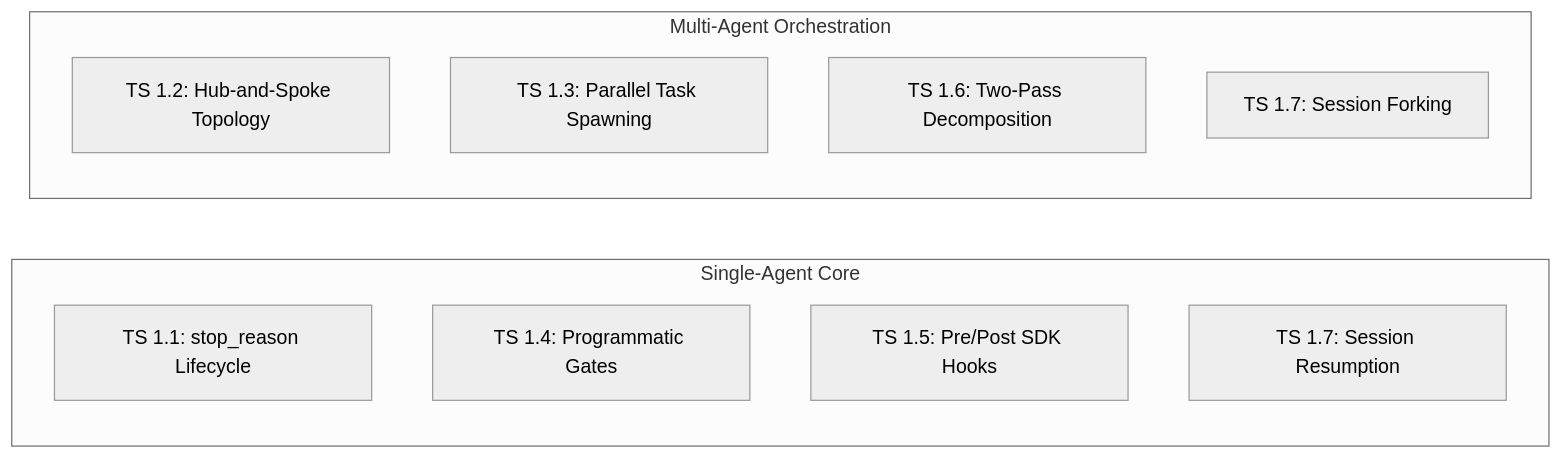
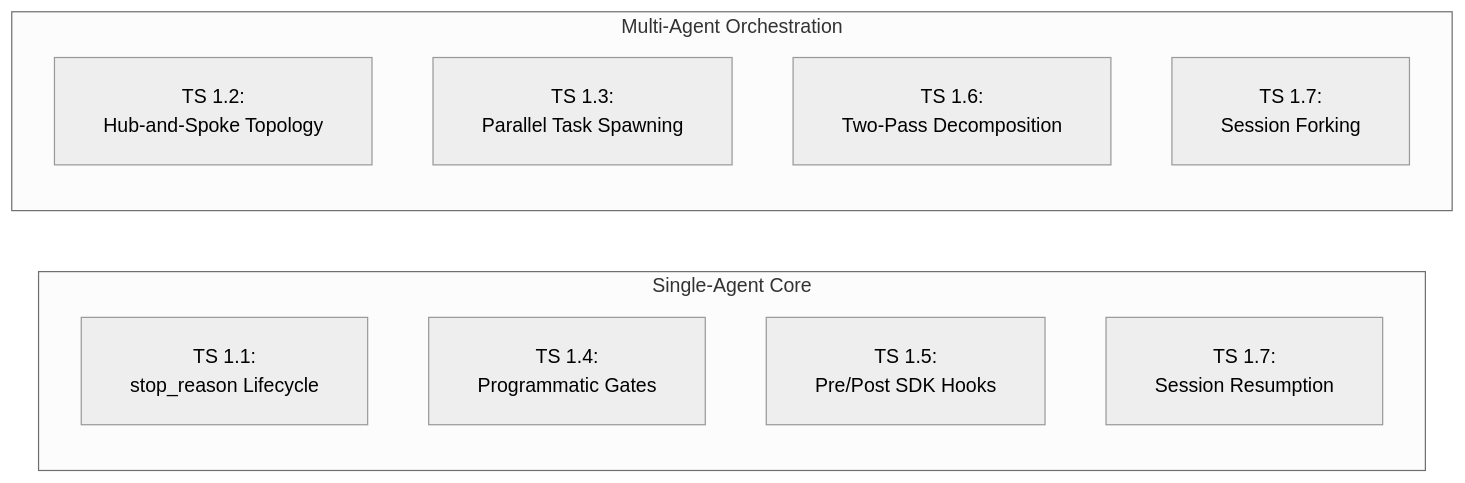
Before and after one commit to dip4k/claude_cert_architect_foundation_prep: the first of 7 diagrams in domain1/KEY_CONCEPTS.md, drawn with Mermaid (neutral theme). The commit also changed other lines of this file and 31 other files, not shown here.

First line of the commit message:
docs(diagrams): fix text trimming, padding, and layout in all mermaid diagrams

````diff
--- a/domain1/KEY_CONCEPTS.md
+++ b/domain1/KEY_CONCEPTS.md
@@ -8,18 +8,19 @@
 ```mermaid
+%%{init: {"flowchart": {"htmlLabels": true, "padding": 20}}}%%
 flowchart LR
     subgraph Single["Single-Agent Core"]
         direction TB
-        S1["TS 1.1: stop_reason Lifecycle"]
-        S2["TS 1.4: Programmatic Gates"]
-        S3["TS 1.5: Pre/Post SDK Hooks"]
-        S4["TS 1.7: Session Resumption"]
+        S1["TS 1.1:<br/>stop_reason Lifecycle"]
+        S2["TS 1.4:<br/>Programmatic Gates"]
+        S3["TS 1.5:<br/>Pre/Post SDK Hooks"]
+        S4["TS 1.7:<br/>Session Resumption"]
     end
 
     subgraph Multi["Multi-Agent Orchestration"]
         direction TB
-        M1["TS 1.2: Hub-and-Spoke Topology"]
-        M2["TS 1.3: Parallel Task Spawning"]
-        M3["TS 1.6: Two-Pass Decomposition"]
-        M4["TS 1.7: Session Forking"]
+        M1["TS 1.2:<br/>Hub-and-Spoke Topology"]
+        M2["TS 1.3:<br/>Parallel Task Spawning"]
+        M3["TS 1.6:<br/>Two-Pass Decomposition"]
+        M4["TS 1.7:<br/>Session Forking"]
     end
 ```
````
